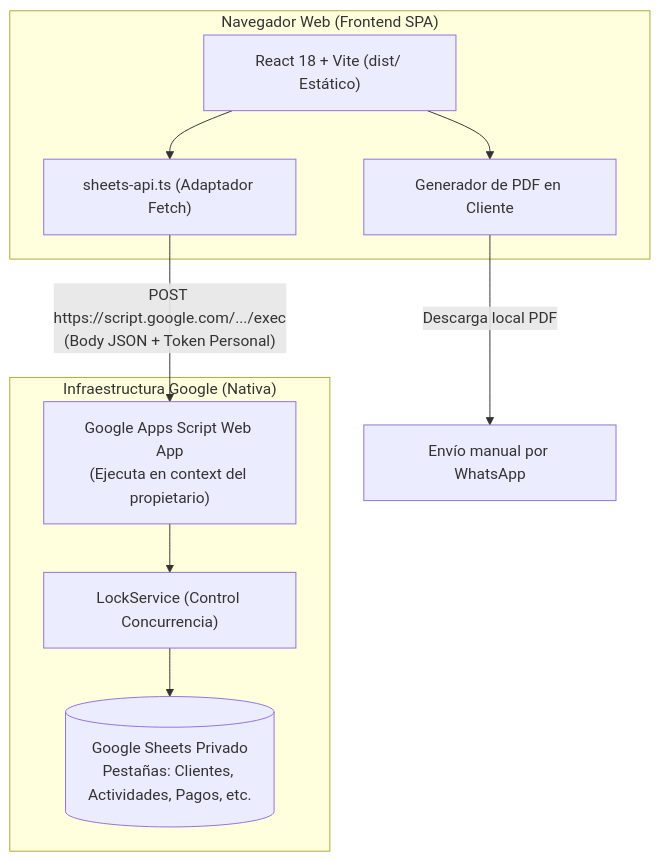
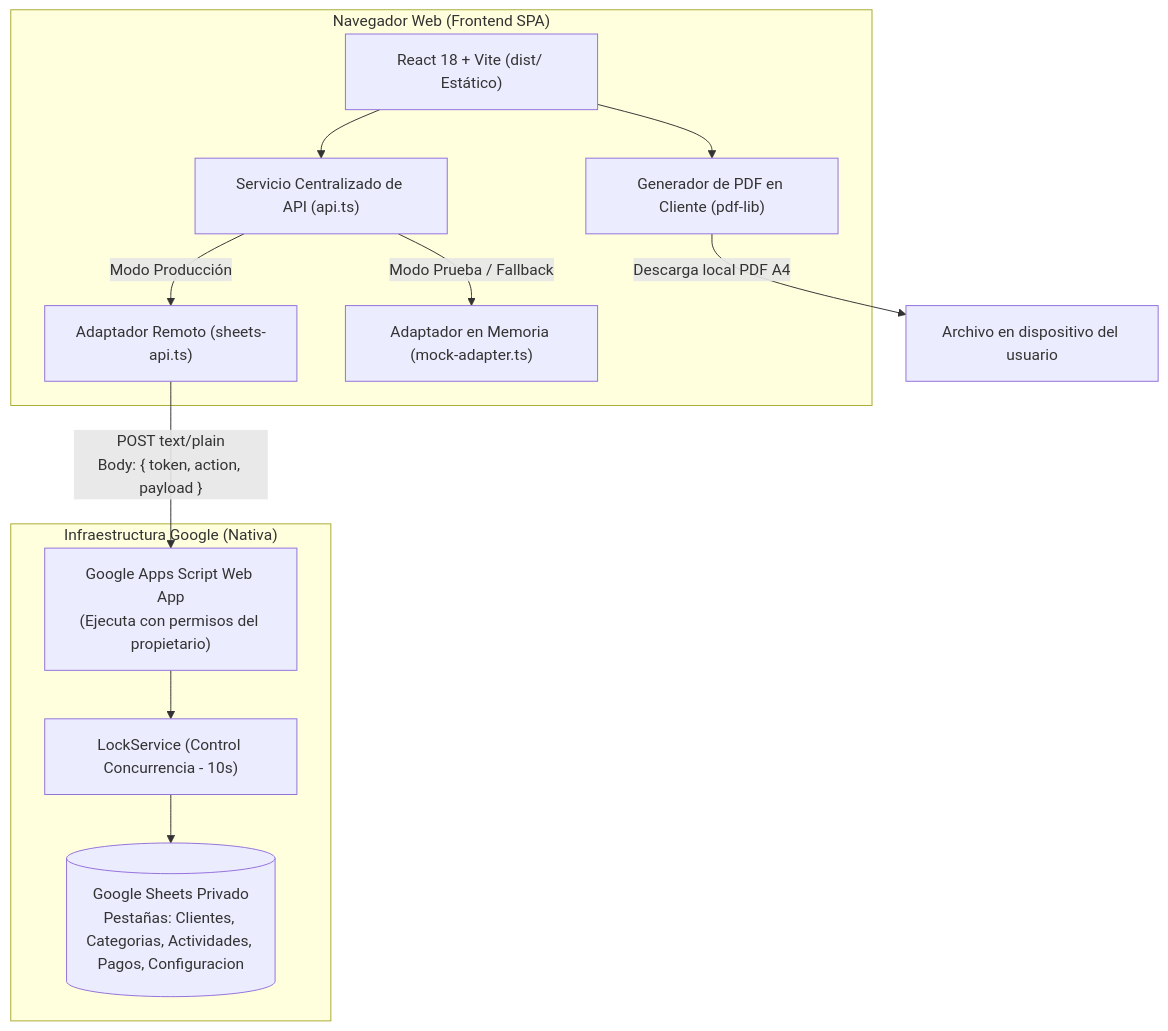
The diagram in docs/architecture.md (nichagiro/LaLibreta), drawn with Mermaid before and after one commit. The commit also changed other lines of this file and 13 other files, not shown here.

````diff
--- a/docs/architecture.md
+++ b/docs/architecture.md
@@ -7,22 +7,27 @@
 ```mermaid
 flowchart TD
-    subgraph Cliente ["Navegador Web (Frontend SPA)"]
+    subgraph Browser ["Navegador Web (Frontend SPA)"]
         UI["React 18 + Vite (dist/ Estático)"]
-        APIClient["sheets-api.ts (Adaptador Fetch)"]
-        PDFGen["Generador de PDF en Cliente"]
-        UI --> APIClient
+        API["Servicio Centralizado de API (api.ts)"]
+        SheetsClient["Adaptador Remoto (sheets-api.ts)"]
+        MockAdapter["Adaptador en Memoria (mock-adapter.ts)"]
+        PDFGen["Generador de PDF en Cliente (pdf-lib)"]
+
+        UI --> API
         UI --> PDFGen
+        API -->|"Modo Producción"| SheetsClient
+        API -->|"Modo Prueba / Fallback"| MockAdapter
     end
 
-    subgraph GoogleCloud ["Infraestructura Google (Nativa)"]
-        WebApp["Google Apps Script Web App<br/>(Ejecuta en context del propietario)"]
-        Lock["LockService (Control Concurrencia)"]
-        PrivateSheet[("Google Sheets Privado<br/>Pestañas: Clientes, Actividades, Pagos, etc.")]
-        
+    subgraph GoogleInfra ["Infraestructura Google (Nativa)"]
+        WebApp["Google Apps Script Web App<br/>(Ejecuta con permisos del propietario)"]
+        Lock["LockService (Control Concurrencia - 10s)"]
+        PrivateSheet[("Google Sheets Privado<br/>Pestañas: Clientes, Categorias, Actividades, Pagos, Configuracion")]
+
         WebApp --> Lock
         Lock --> PrivateSheet
     end
 
-    APIClient -->|"POST https://script.google.com/.../exec<br/>(Body JSON + Token Personal)"| WebApp
-    PDFGen -->|"Descarga local PDF"| ManualWA["Envío manual por WhatsApp"]
+    SheetsClient -->|"POST text/plain<br/>Body: { token, action, payload }"| WebApp
+    PDFGen -->|"Descarga local PDF A4"| LocalFile["Archivo en dispositivo del usuario"]
 ```
````
